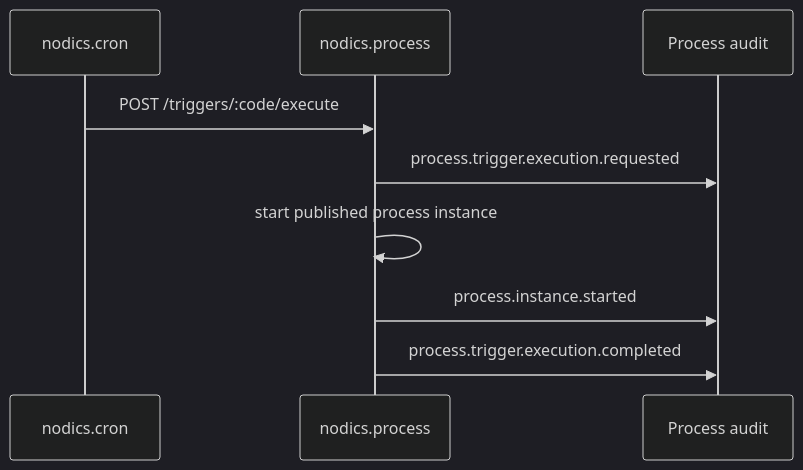
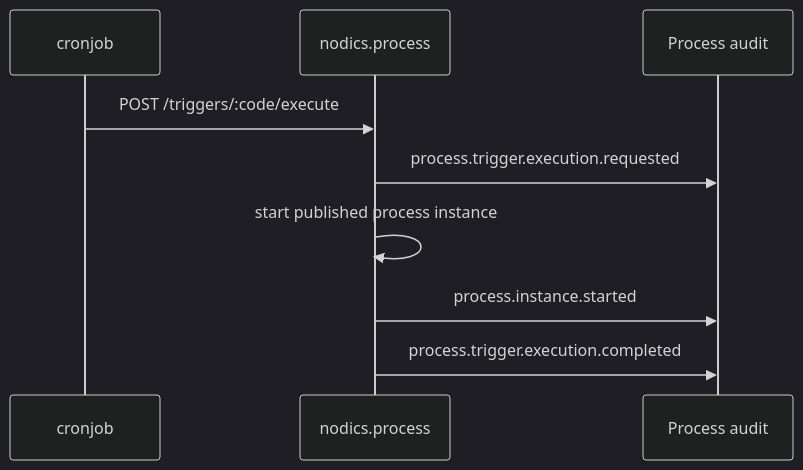
The diagram in nodics.docs/docs/pages/nodics.process/scheduled-automation.md (Nodics/nodics.ai), drawn with Mermaid (dark theme) before and after one commit. The commit also changed other lines of this file and 43 other files, not shown here.

````diff
--- a/nodics.docs/docs/pages/nodics.process/scheduled-automation.md
+++ b/nodics.docs/docs/pages/nodics.process/scheduled-automation.md
@@ -17,11 +18,11 @@
 ```mermaid
 sequenceDiagram
-  participant Cron as nodics.cron
+  participant Cron as cronjob
   participant Process as nodics.process
   participant Audit as Process audit
   Cron->>Process: POST /triggers/:code/execute
   Process->>Audit: process.trigger.execution.requested
   Process->>Process: start published process instance
   Process->>Audit: process.instance.started
   Process->>Audit: process.trigger.execution.completed
 ```
````
